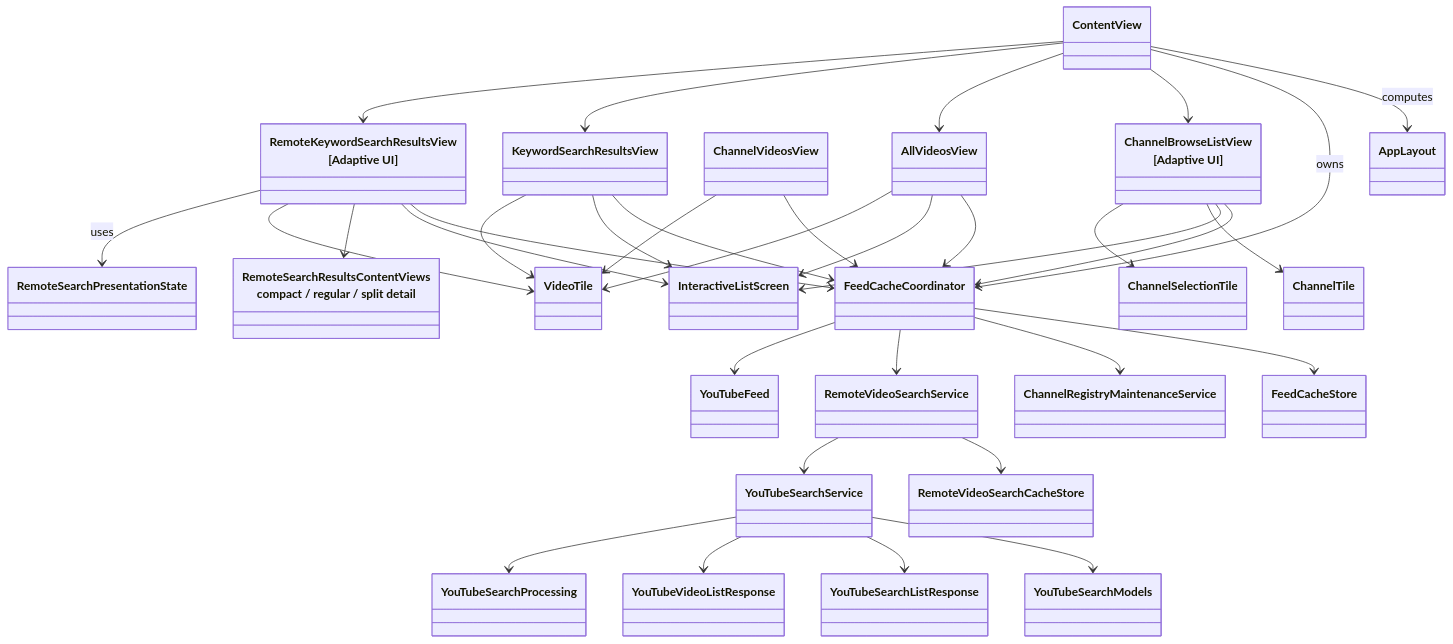
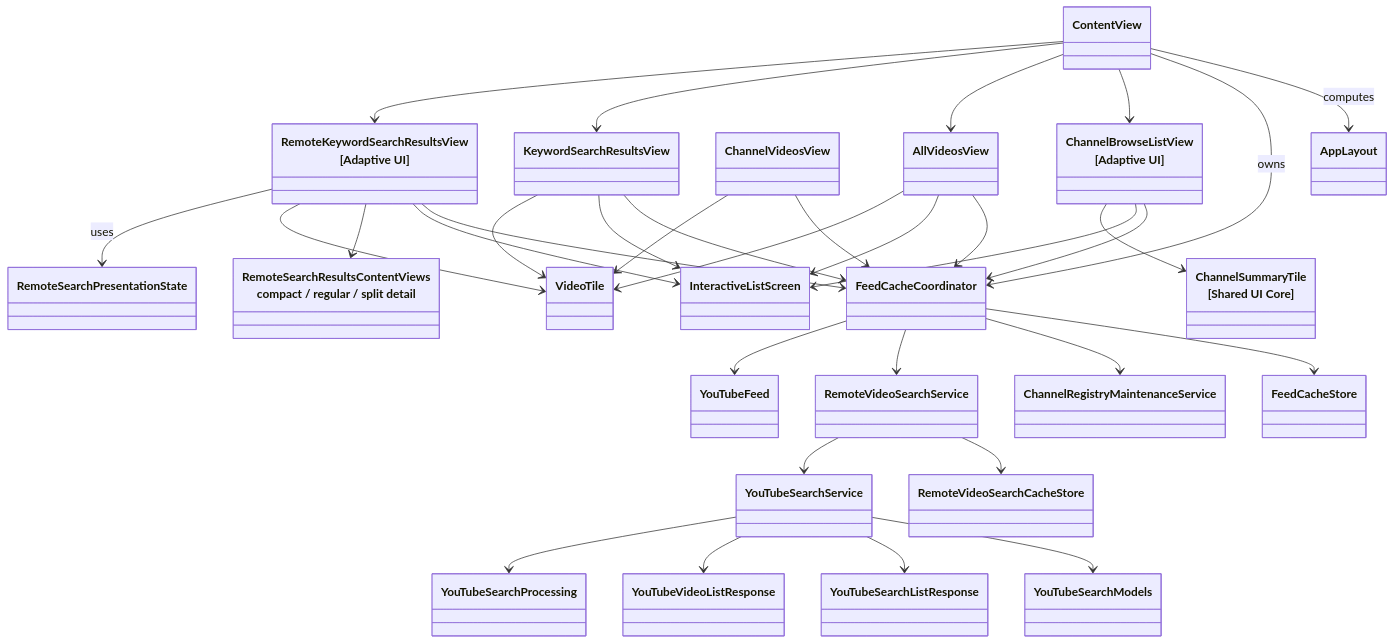
The second of 4 diagrams in docs/human-view/design-overview.md (horikuma/YoutubeFeeder), drawn with Mermaid before and after one commit. The commit also changed other lines of this file and 8 other files, not shown here.

````diff
--- a/docs/human-view/design-overview.md
+++ b/docs/human-view/design-overview.md
@@ -21,65 +21,63 @@
 ```mermaid
 classDiagram
     class ContentView
     class AppLayout
     class FeedCacheCoordinator
     class ChannelBrowseListView["ChannelBrowseListView<br/>[Adaptive UI]"]
     class ChannelVideosView
     class AllVideosView
     class KeywordSearchResultsView
     class RemoteKeywordSearchResultsView["RemoteKeywordSearchResultsView<br/>[Adaptive UI]"]
     class RemoteSearchResultsContentViews["RemoteSearchResultsContentViews<br/>compact / regular / split detail"]
     class InteractiveListScreen
-    class ChannelTile
-    class ChannelSelectionTile
+    class ChannelSummaryTile["ChannelSummaryTile<br/>[Shared UI Core]"]
     class VideoTile
     class FeedCacheStore
     class ChannelRegistryMaintenanceService
     class RemoteVideoSearchService
     class RemoteVideoSearchCacheStore
     class YouTubeFeed
     class YouTubeSearchService
     class YouTubeSearchModels
     class YouTubeSearchListResponse
     class YouTubeVideoListResponse
     class YouTubeSearchProcessing
     class RemoteSearchPresentationState
 
     ContentView --> AppLayout : computes
     ContentView --> FeedCacheCoordinator : owns
     ContentView --> ChannelBrowseListView
     ContentView --> AllVideosView
     ContentView --> KeywordSearchResultsView
     ContentView --> RemoteKeywordSearchResultsView
 
     ChannelBrowseListView --> FeedCacheCoordinator
     ChannelVideosView --> FeedCacheCoordinator
     AllVideosView --> FeedCacheCoordinator
     KeywordSearchResultsView --> FeedCacheCoordinator
     RemoteKeywordSearchResultsView --> FeedCacheCoordinator
 
     ChannelBrowseListView --> InteractiveListScreen
     RemoteKeywordSearchResultsView --> InteractiveListScreen
     RemoteKeywordSearchResultsView --> RemoteSearchResultsContentViews
     AllVideosView --> InteractiveListScreen
     KeywordSearchResultsView --> InteractiveListScreen
     ChannelVideosView --> VideoTile
     AllVideosView --> VideoTile
     KeywordSearchResultsView --> VideoTile
     RemoteKeywordSearchResultsView --> VideoTile
-    ChannelBrowseListView --> ChannelTile
-    ChannelBrowseListView --> ChannelSelectionTile
+    ChannelBrowseListView --> ChannelSummaryTile
 
     FeedCacheCoordinator --> FeedCacheStore
     FeedCacheCoordinator --> ChannelRegistryMaintenanceService
     FeedCacheCoordinator --> RemoteVideoSearchService
     RemoteVideoSearchService --> RemoteVideoSearchCacheStore
     RemoteVideoSearchService --> YouTubeSearchService
     FeedCacheCoordinator --> YouTubeFeed
     YouTubeSearchService --> YouTubeSearchModels
     YouTubeSearchService --> YouTubeSearchListResponse
     YouTubeSearchService --> YouTubeVideoListResponse
     YouTubeSearchService --> YouTubeSearchProcessing
 
     RemoteKeywordSearchResultsView --> RemoteSearchPresentationState : uses
 ```
````
